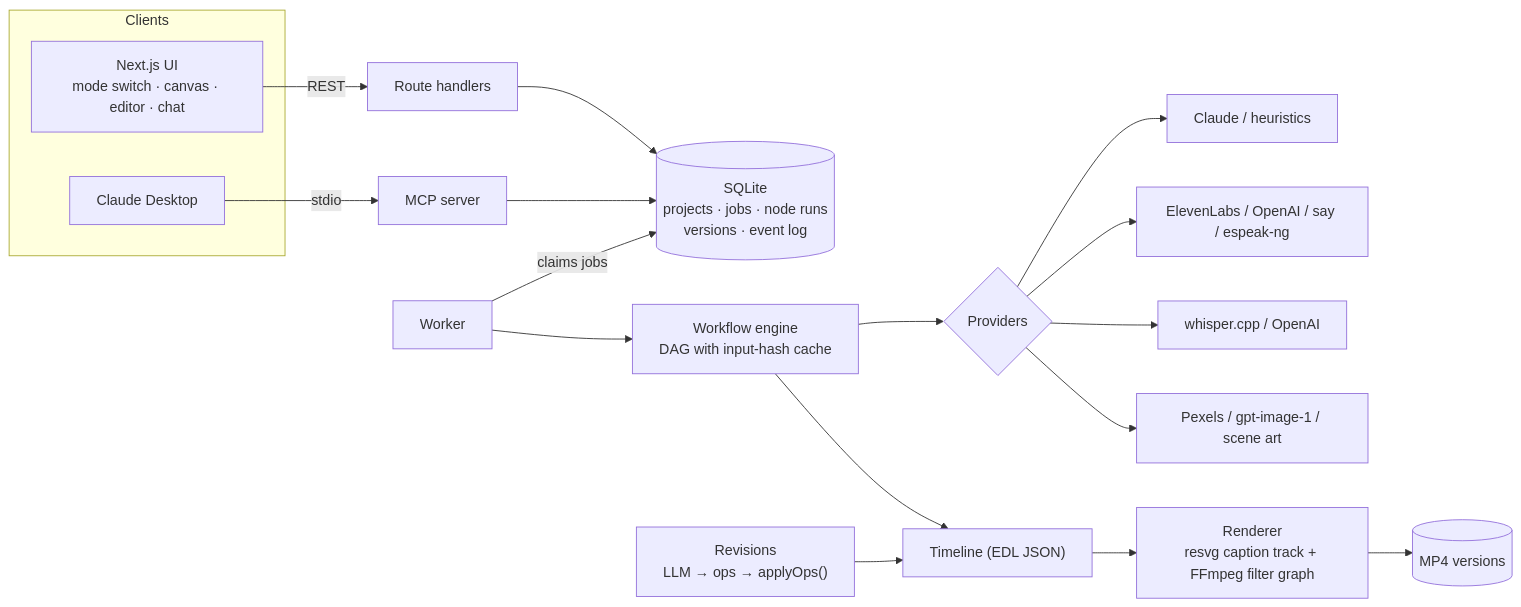
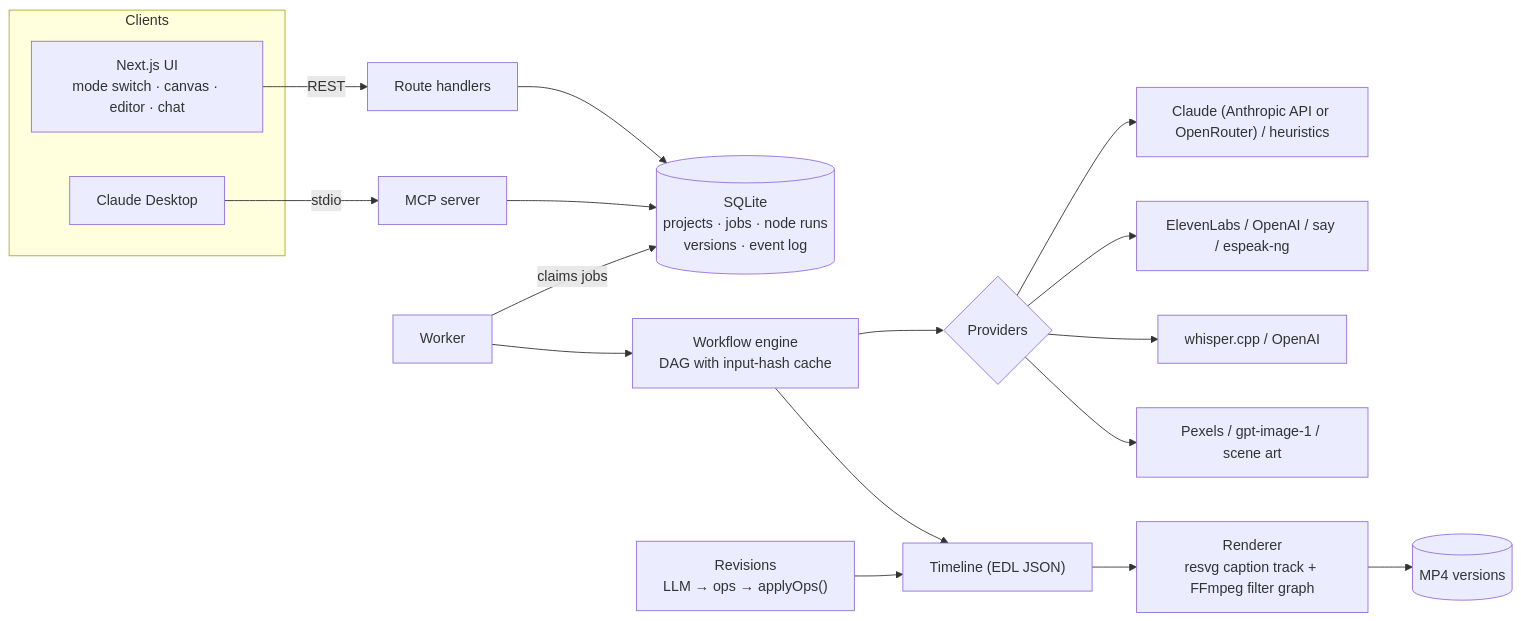
The diagram in README.md (sibrahimpa1/cutpilot), drawn with Mermaid before and after one commit. The commit also changed other lines of this file and 6 other files, not shown here.

First line of the commit message:
Add OpenRouter as a transport for the Claude planner

````diff
--- a/README.md
+++ b/README.md
@@ -117,22 +118,22 @@
 ```mermaid
 flowchart LR
   subgraph Clients
     UI["Next.js UI<br/>mode switch · canvas · editor · chat"]
     CD["Claude Desktop"]
   end
   UI -- REST --> API["Route handlers"]
   CD -- stdio --> MCP["MCP server"]
   API --> DB[("SQLite<br/>projects · jobs · node runs<br/>versions · event log")]
   MCP --> DB
   W["Worker"] -- claims jobs --> DB
   W --> ENG["Workflow engine<br/>DAG with input-hash cache"]
   ENG --> PR{"Providers"}
-  PR --> LLM["Claude / heuristics"]
+  PR --> LLM["Claude (Anthropic API or OpenRouter) / heuristics"]
   PR --> TTS["ElevenLabs / OpenAI / say / espeak-ng"]
   PR --> STT["whisper.cpp / OpenAI"]
   PR --> VIS["Pexels / gpt-image-1 / scene art"]
   ENG --> EDL["Timeline (EDL JSON)"]
   REV["Revisions<br/>LLM → ops → applyOps()"] --> EDL
   EDL --> R["Renderer<br/>resvg caption track + FFmpeg filter graph"]
   R --> MP4[("MP4 versions")]
 ```
````
